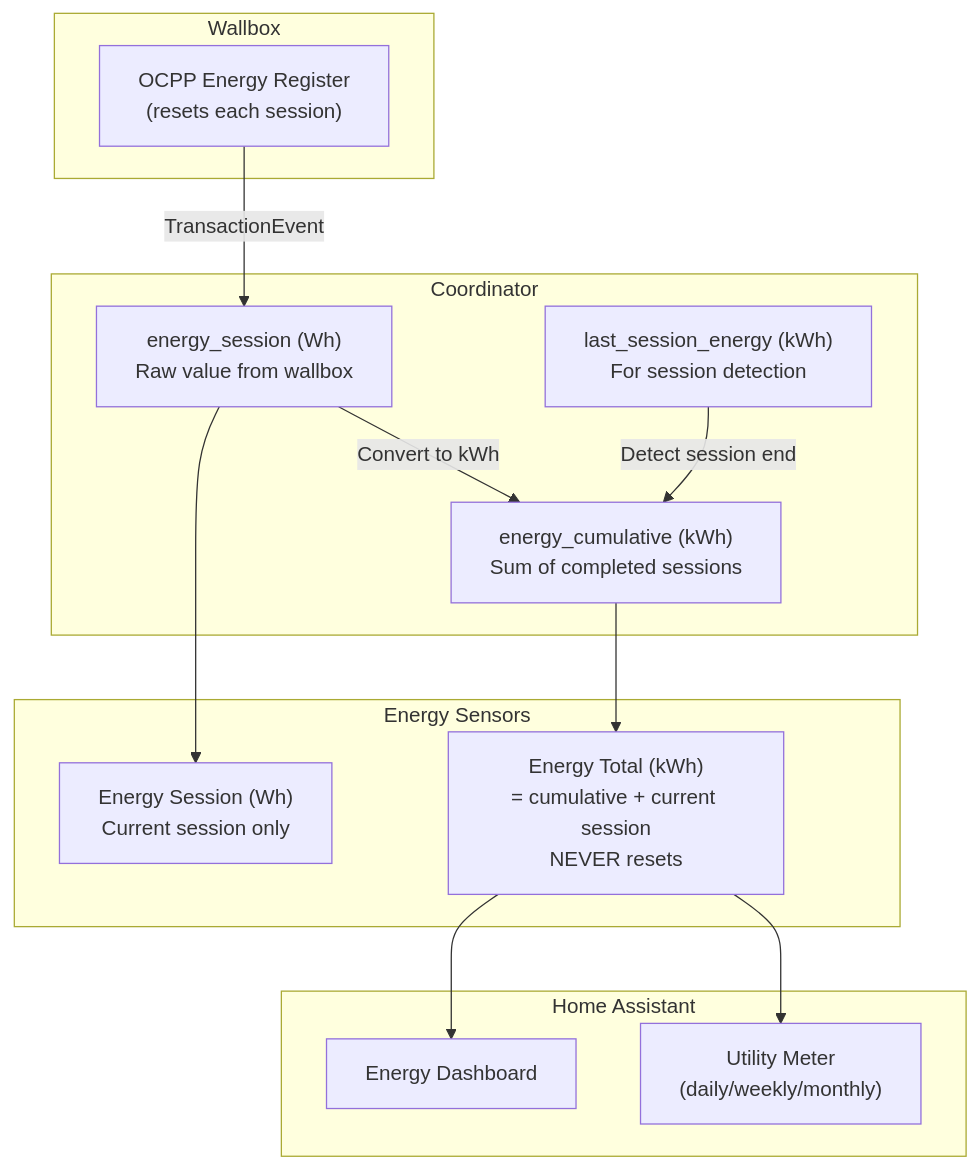
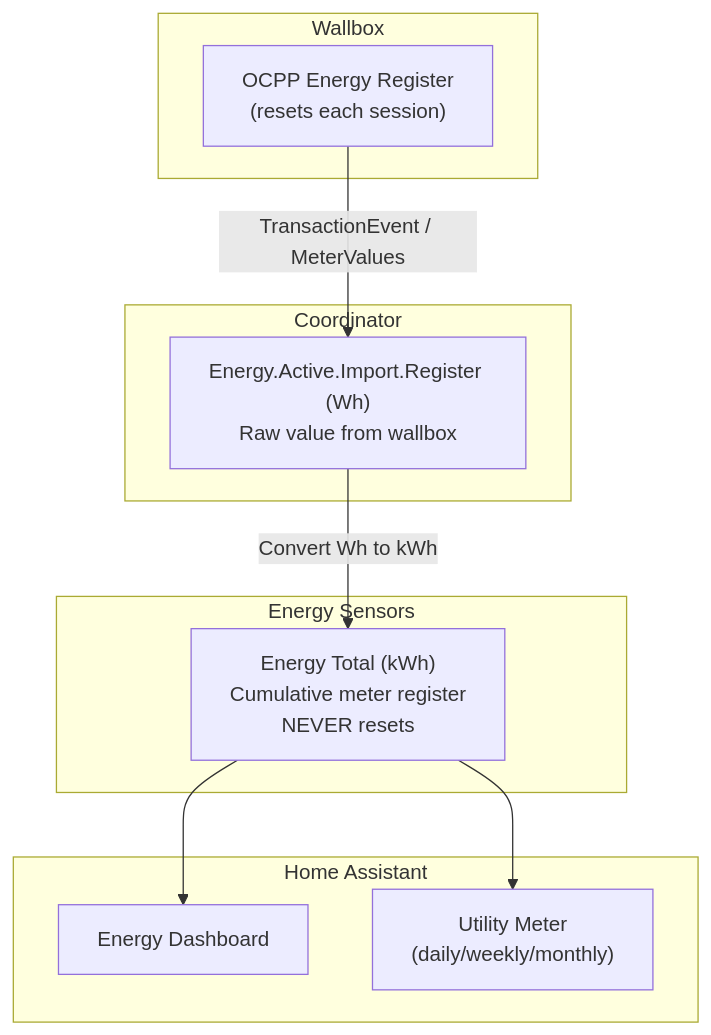
The first of 8 diagrams in custom_components/bmw_wallbox/docs/ENERGY_SENSORS.md (JoaoPedroBelo/bmw-wallbox-ha), drawn with Mermaid before and after one commit. The commit also changed other lines of this file and 10 other files, not shown here.

First line of the commit message:
fix: remove Energy Session sensor (#10) (#11)

````diff
--- a/custom_components/bmw_wallbox/docs/ENERGY_SENSORS.md
+++ b/custom_components/bmw_wallbox/docs/ENERGY_SENSORS.md
@@ -18,31 +19,25 @@
 ```mermaid
 flowchart TB
     subgraph Wallbox["Wallbox"]
         OCPP["OCPP Energy Register<br/>(resets each session)"]
     end
     
     subgraph Coordinator["Coordinator"]
-        Raw["energy_session (Wh)<br/>Raw value from wallbox"]
-        Cumulative["energy_cumulative (kWh)<br/>Sum of completed sessions"]
-        LastSession["last_session_energy (kWh)<br/>For session detection"]
+        Raw["Energy.Active.Import.Register (Wh)<br/>Raw value from wallbox"]
     end
-    
+
     subgraph Sensors["Energy Sensors"]
-        Total["Energy Total (kWh)<br/>= cumulative + current session<br/>NEVER resets"]
-        Session["Energy Session (Wh)<br/>Current session only"]
+        Total["Energy Total (kWh)<br/>Cumulative meter register<br/>NEVER resets"]
     end
     
     subgraph HA["Home Assistant"]
         Dashboard["Energy Dashboard"]
         Utility["Utility Meter<br/>(daily/weekly/monthly)"]
     end
     
-    OCPP -->|TransactionEvent| Raw
-    Raw --> Session
-    Raw -->|"Convert to kWh"| Cumulative
-    Cumulative --> Total
-    LastSession -->|"Detect session end"| Cumulative
-    
+    OCPP -->|TransactionEvent / MeterValues| Raw
+    Raw -->|"Convert Wh to kWh"| Total
+
     Total --> Dashboard
     Total --> Utility
 ```
````
